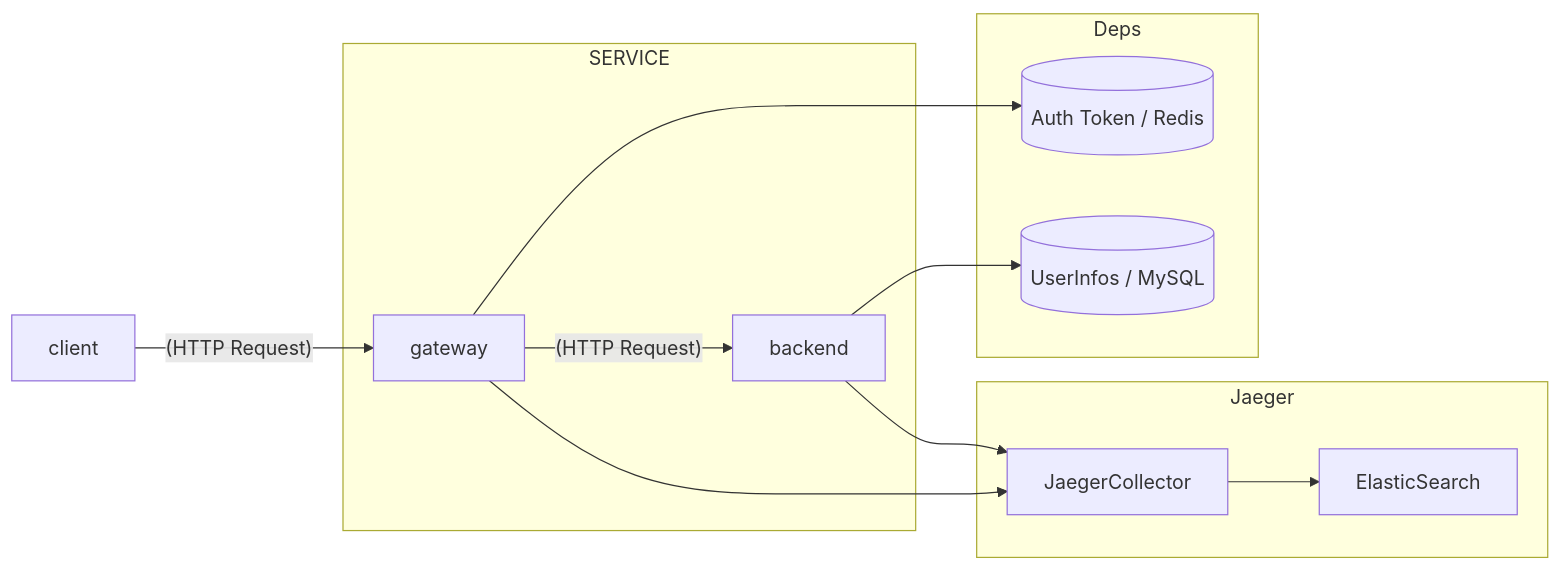
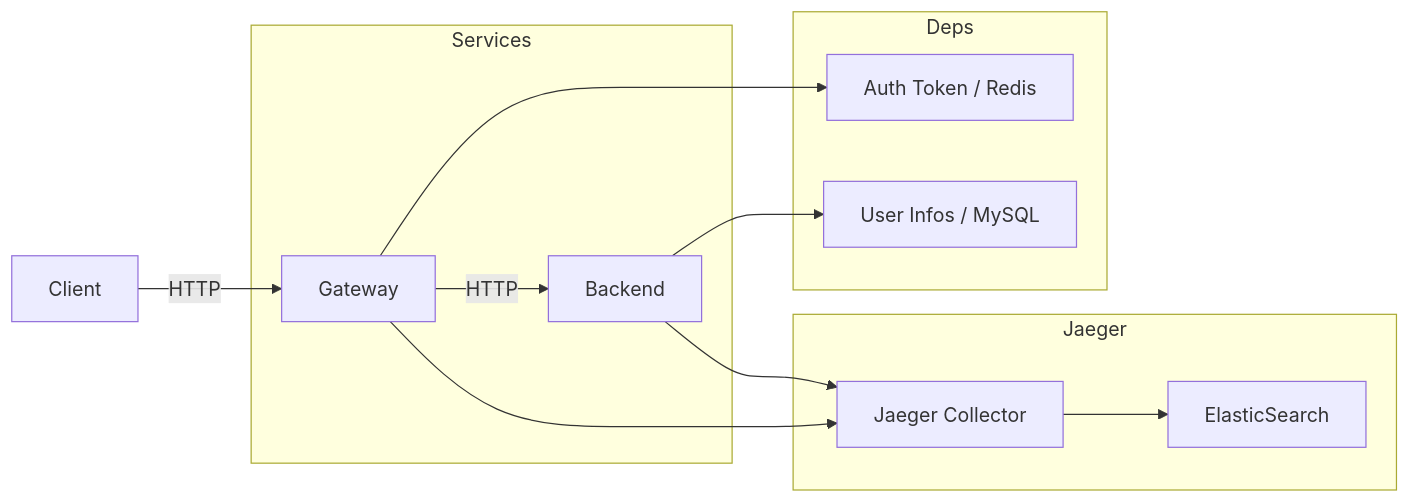
The diagram in README.md (xpzouying/go-example-observability), drawn with Mermaid before and after one commit.

Commit message:
Update README.md
Update mermaid graph

````diff
--- a/README.md
+++ b/README.md
@@ -18,25 +18,27 @@
 ```mermaid
 
 flowchart LR
     subgraph Jaeger
-      JaegerCollector --> ElasticSearch
+      JC[Jaeger Collector] --> ES[ElasticSearch]
     end
 
-    subgraph SERVICE
-      gateway --(HTTP Request)--> backend
+    subgraph Services
+      GW[Gateway] -->|HTTP| BE[Backend]
     end
 
     subgraph Deps
-      redis
+      R[Auth Token / Redis]
 
-      mysql
+      M[User Infos / MySQL]
     end
 
-    client --(HTTP Request)--> gateway
+    C[Client] --> |HTTP| GW
 
-    gateway --> redis[(Auth Token / Redis)]
-    gateway --> JaegerCollector
+    GW --> R
 
-    backend --> mysql[(UserInfos / MySQL)]
-    backend --> JaegerCollector
+    GW --> JC
+
+    BE --> M
+    BE --> JC
+
 ```
````
